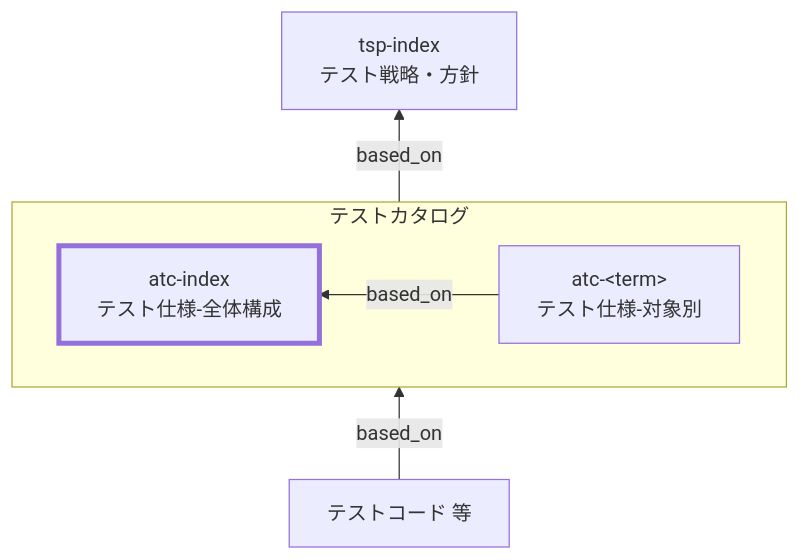
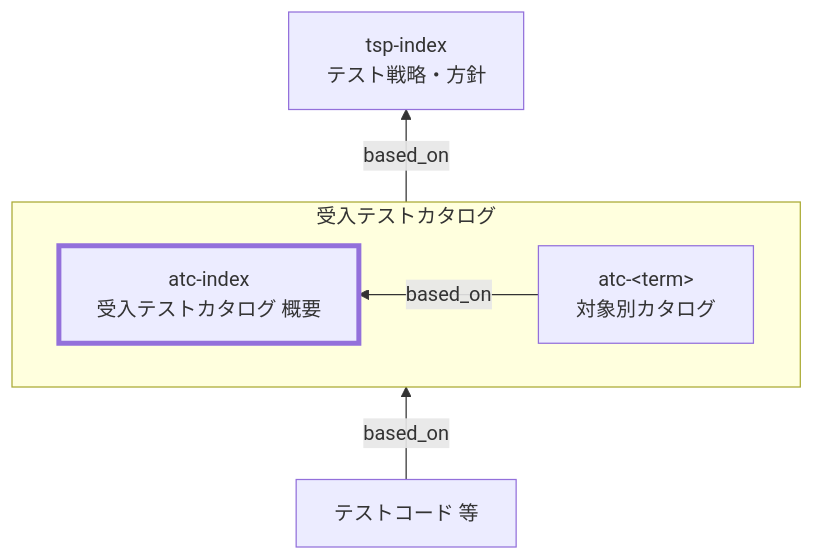
The diagram in docs/ja/specdojo/rulebooks/atc-index-rulebook.md (specdojo/specdojo), drawn with Mermaid before and after one commit. The commit also changed other lines of this file and 6 other files, not shown here.

Commit message:
exec(T-KATA-SLIM-2-atc-index-040): apply task changes

````diff
--- a/docs/ja/specdojo/rulebooks/atc-index-rulebook.md
+++ b/docs/ja/specdojo/rulebooks/atc-index-rulebook.md
@@ -36,19 +27,15 @@
 ```mermaid
 flowchart BT
   TSP["tsp-index<br>テスト戦略・方針"]
-
-  subgraph TC["テストカタログ"]
-  direction RL
-    TCIndex["atc-index<br>テスト仕様-全体構成"]
-    TCDetail["atc-&lt;term&gt;<br>テスト仕様-対象別"]
+  subgraph TC["受入テストカタログ"]
+    direction RL
+    TCIndex["atc-index<br>受入テストカタログ 概要"]
+    TCDetail["atc-&lt;term&gt;<br>対象別カタログ"]
     TCDetail -->|based_on| TCIndex
   end
-
   Code["テストコード 等"]
-
   TC -->|based_on| TSP
   Code -->|based_on| TC
-
   classDef target stroke-width:4px
   class TCIndex target
 ```
````
